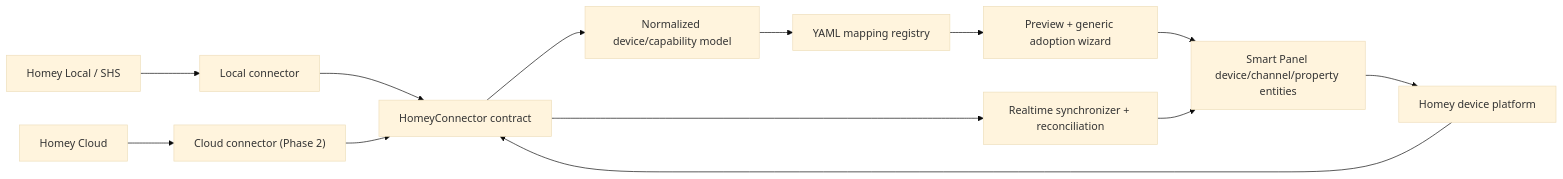
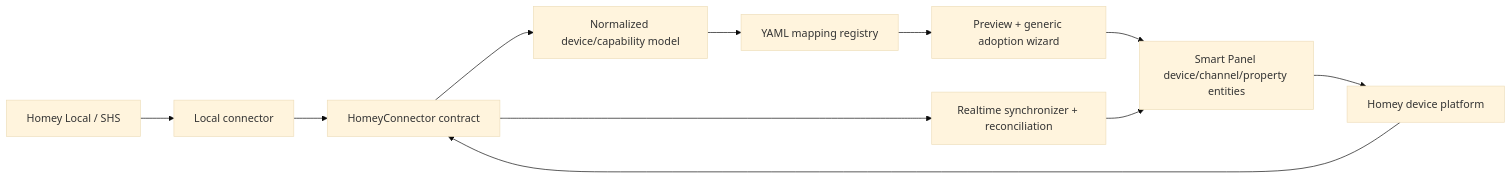
The diagram in docs/superpowers/specs/2026-08-12-homey-integration-design.md (FastyBird/smart-panel), drawn with Mermaid (base theme) before and after one commit. The commit also changed other lines of this file and 113 other files, not shown here.

First line of the commit message:
refactor(cross): remove unsupported Homey Cloud integration

````diff
--- a/docs/superpowers/specs/2026-08-12-homey-integration-design.md
+++ b/docs/superpowers/specs/2026-08-12-homey-integration-design.md
@@ -113,15 +102,13 @@
 ```mermaid
 flowchart LR
     HL["Homey Local / SHS"] --> CL["Local connector"]
-    HC["Homey Cloud"] --> CC["Cloud connector (Phase 2)"]
     CL --> NC["HomeyConnector contract"]
-    CC --> NC
     NC --> NM["Normalized device/capability model"]
     NM --> MP["YAML mapping registry"]
     MP --> PW["Preview + generic adoption wizard"]
     PW --> SP["Smart Panel device/channel/property entities"]
     NC --> SY["Realtime synchronizer + reconciliation"]
     SY --> SP
     SP --> CP["Homey device platform"]
     CP --> NC
 ```
````
